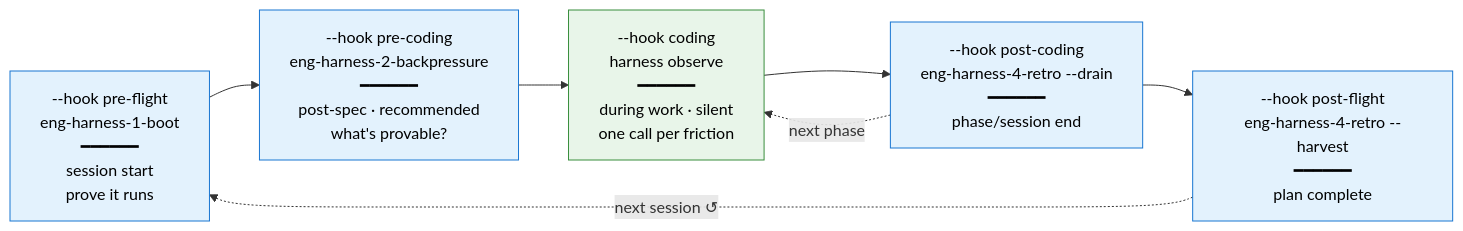
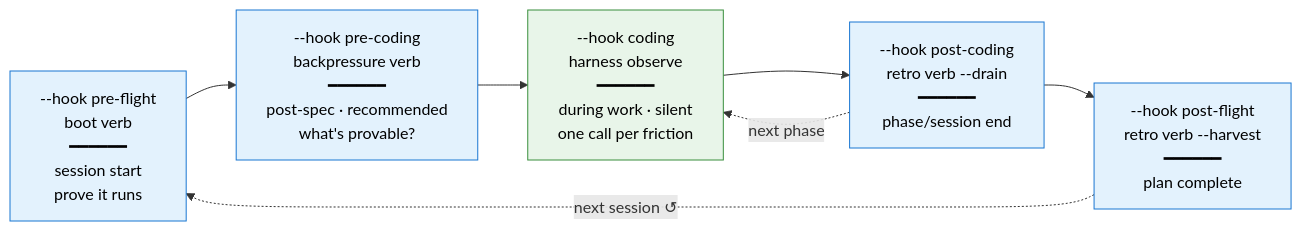
The second of 3 diagrams in skills/eng-harness-flow/references/getting-started.md (AI-Substrate/harness-engineering), drawn with Mermaid before and after one commit. The commit also changed other lines of this file and 5 other files, not shown here.

````diff
--- a/skills/eng-harness-flow/references/getting-started.md
+++ b/skills/eng-harness-flow/references/getting-started.md
@@ -99,15 +99,15 @@
 ```mermaid
 flowchart LR
     classDef manual fill:#e3f2fd,stroke:#1976d2,color:#000
     classDef auto fill:#e8f5e9,stroke:#388e3c,color:#000
 
-    B["--hook pre-flight<br/>eng-harness-1-boot<br/>━━━━━━<br/>session start<br/>prove it runs"]:::manual
-    BP["--hook pre-coding<br/>eng-harness-2-backpressure<br/>━━━━━━<br/>post-spec · recommended<br/>what's provable?"]:::manual
+    B["--hook pre-flight<br/>boot verb<br/>━━━━━━<br/>session start<br/>prove it runs"]:::manual
+    BP["--hook pre-coding<br/>backpressure verb<br/>━━━━━━<br/>post-spec · recommended<br/>what's provable?"]:::manual
     O["--hook coding<br/>harness observe<br/>━━━━━━<br/>during work · silent<br/>one call per friction"]:::auto
-    D["--hook post-coding<br/>eng-harness-4-retro --drain<br/>━━━━━━<br/>phase/session end"]:::manual
-    H["--hook post-flight<br/>eng-harness-4-retro --harvest<br/>━━━━━━<br/>plan complete"]:::manual
+    D["--hook post-coding<br/>retro verb --drain<br/>━━━━━━<br/>phase/session end"]:::manual
+    H["--hook post-flight<br/>retro verb --harvest<br/>━━━━━━<br/>plan complete"]:::manual
 
     B --> BP --> O --> D --> H
     D -.->|next phase| O
     H -.->|next session ↺| B
 ```
````
